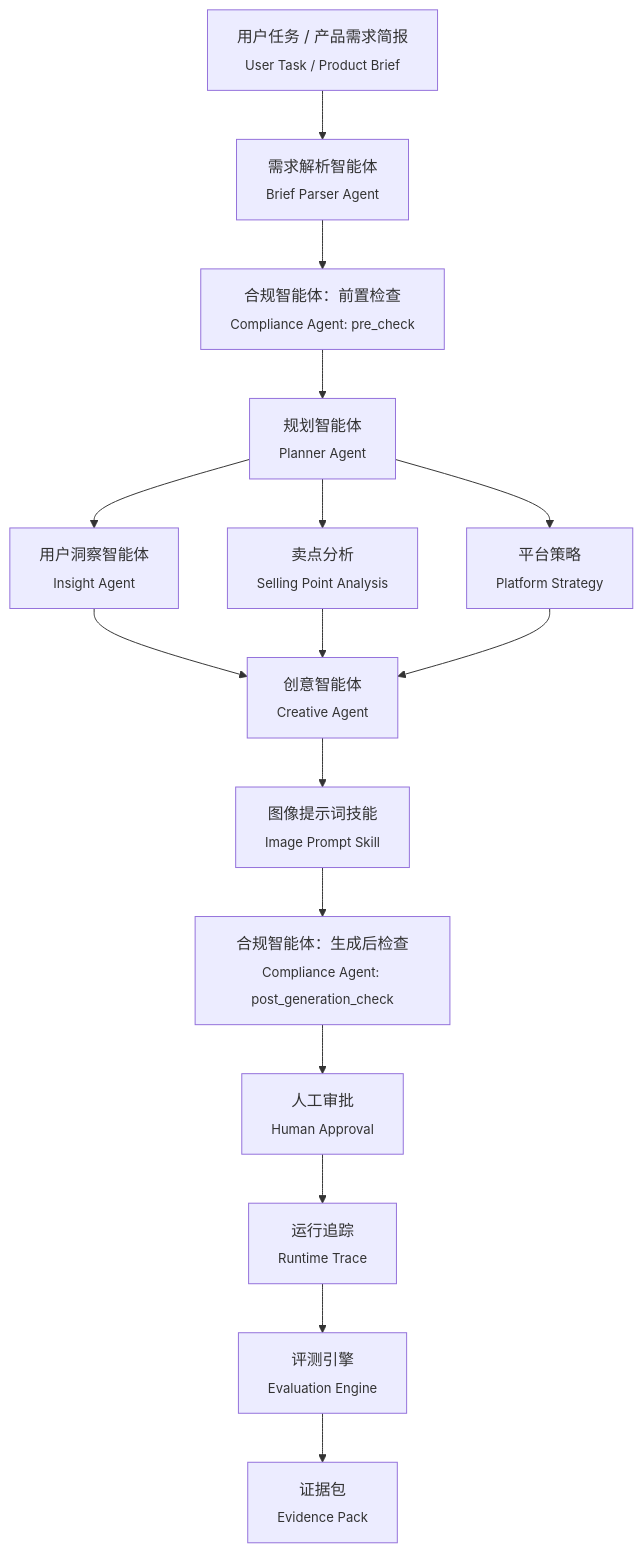
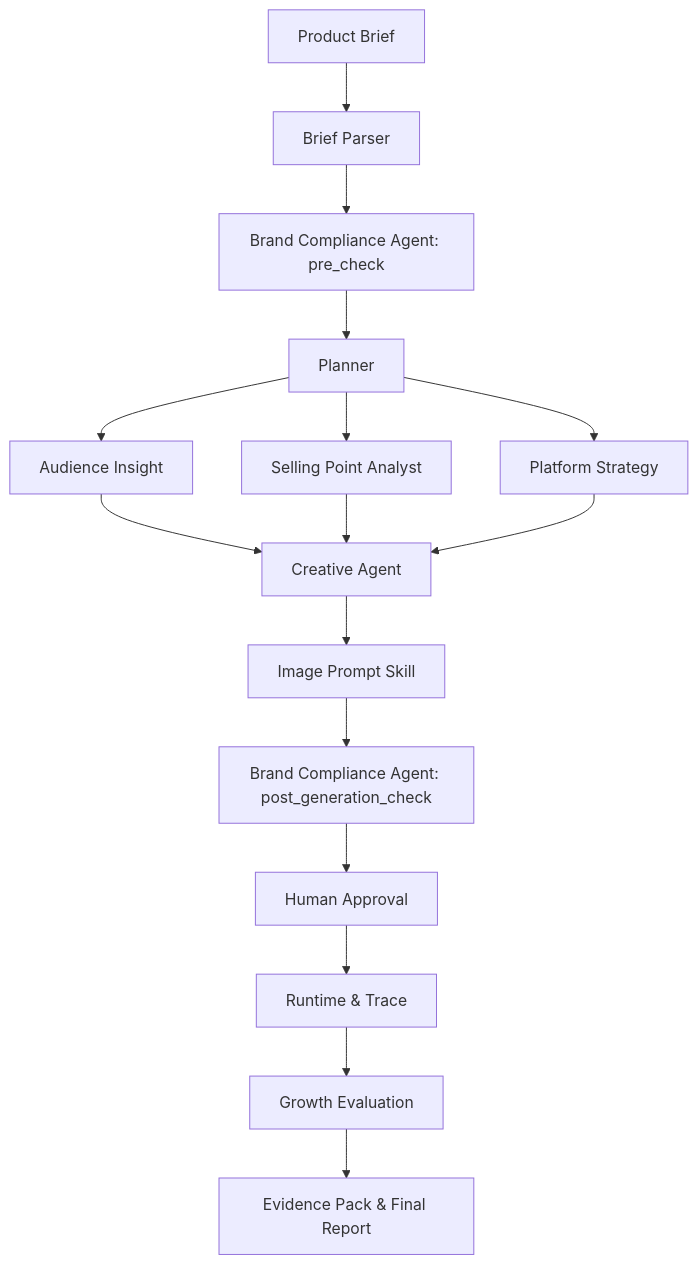
Before and after one commit to luyanpeng225-glitch/Ecommerce-Growth-Agent-Studio: the diagram in README.md, drawn with Mermaid. The commit also changed other lines of this file and 8 other files, not shown here.

````diff
--- a/README.md
+++ b/README.md
@@ -91,19 +59,18 @@
 ```mermaid
 flowchart TD
-    A["用户任务 / 产品需求简报<br/><sub>User Task / Product Brief</sub>"] --> B["需求解析智能体<br/><sub>Brief Parser Agent</sub>"]
-    B --> C["合规智能体：前置检查<br/><sub>Compliance Agent: pre_check</sub>"]
-    C --> D["规划智能体<br/><sub>Planner Agent</sub>"]
-
-    D --> E1["用户洞察智能体<br/><sub>Insight Agent</sub>"]
-    D --> E2["卖点分析<br/><sub>Selling Point Analysis</sub>"]
-    D --> E3["平台策略<br/><sub>Platform Strategy</sub>"]
-    E1 --> F["创意智能体<br/><sub>Creative Agent</sub>"]
+    A["Product Brief"] --> B["Brief Parser"]
+    B --> C["Brand Compliance Agent: pre_check"]
+    C --> D["Planner"]
+    D --> E1["Audience Insight"]
+    D --> E2["Selling Point Analyst"]
+    D --> E3["Platform Strategy"]
+    E1 --> F["Creative Agent"]
     E2 --> F
     E3 --> F
-    F --> G["图像提示词技能<br/><sub>Image Prompt Skill</sub>"]
-    G --> H["合规智能体：生成后检查<br/><sub>Compliance Agent: post_generation_check</sub>"]
-    H --> I["人工审批<br/><sub>Human Approval</sub>"]
-    I --> J["运行追踪<br/><sub>Runtime Trace</sub>"]
-    J --> K["评测引擎<br/><sub>Evaluation Engine</sub>"]
-    K --> L["证据包<br/><sub>Evidence Pack</sub>"]
+    F --> G["Image Prompt Skill"]
+    G --> H["Brand Compliance Agent: post_generation_check"]
+    H --> I["Human Approval"]
+    I --> J["Runtime & Trace"]
+    J --> K["Growth Evaluation"]
+    K --> L["Evidence Pack & Final Report"]
 ```
````
